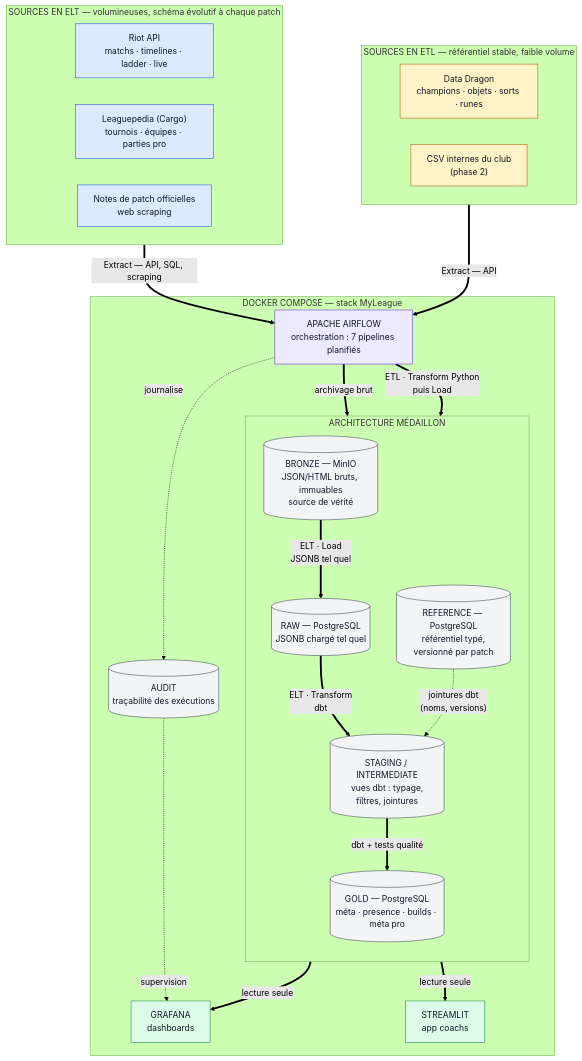
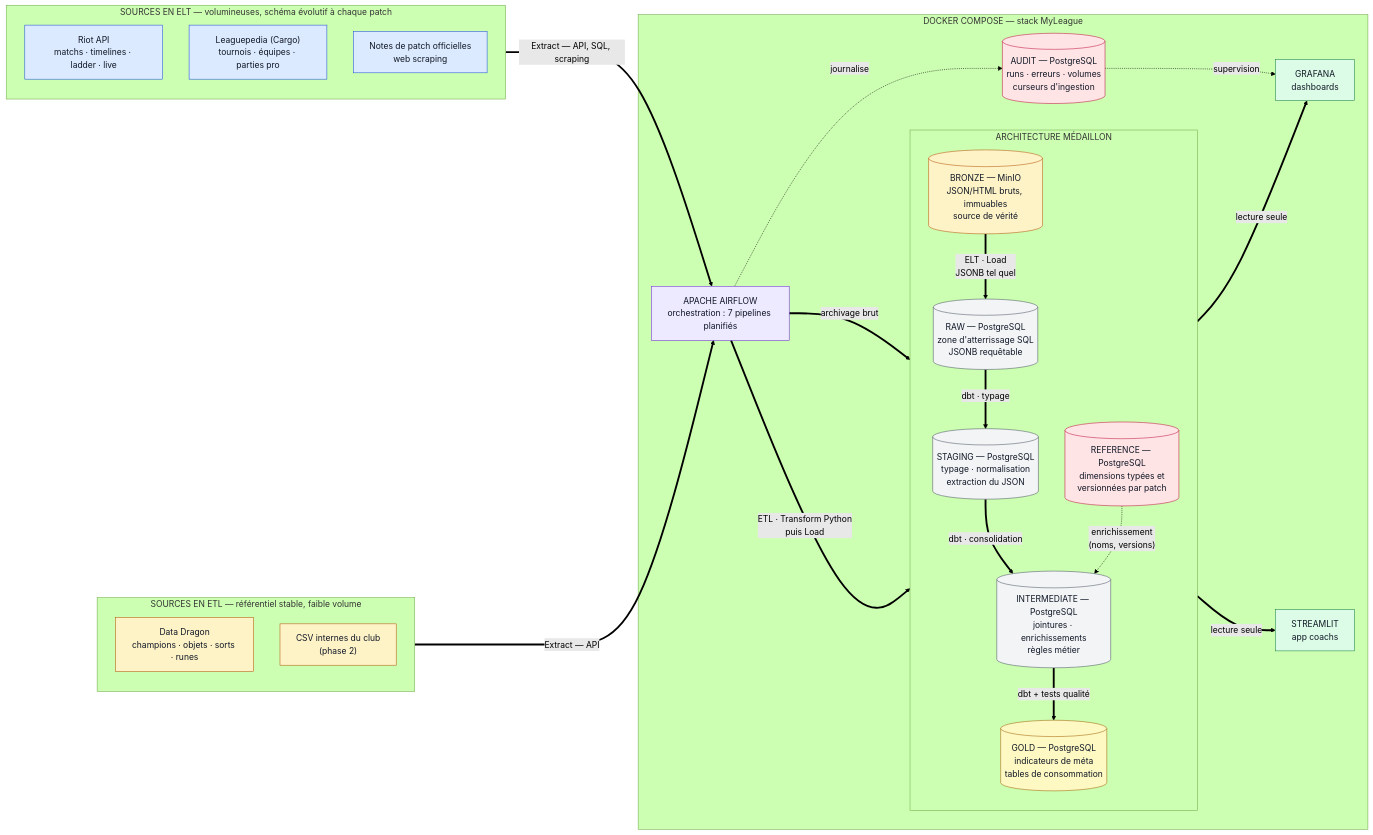
Before and after one commit to Randil12/MyLeague: the first of 3 diagrams in README.md, drawn with Mermaid (forest theme). The commit also changed other lines of this file, not shown here.

````diff
--- a/README.md
+++ b/README.md
@@ -11,57 +11,65 @@
 ```mermaid
-flowchart TB
+flowchart LR
     subgraph SELT["SOURCES EN ELT — volumineuses, schéma évolutif à chaque patch"]
         RIOT["Riot API<br/>matchs · timelines · ladder · live"]
         LPS["Leaguepedia (Cargo)<br/>tournois · équipes · parties pro"]
         PN["Notes de patch officielles<br/>web scraping"]
     end
 
     subgraph SETL["SOURCES EN ETL — référentiel stable, faible volume"]
         DD["Data Dragon<br/>champions · objets · sorts · runes"]
         CSV["CSV internes du club<br/>(phase 2)"]
     end
 
     subgraph DOCKER["DOCKER COMPOSE — stack MyLeague"]
         AF["APACHE AIRFLOW<br/>orchestration : 7 pipelines planifiés"]
 
         subgraph MED["ARCHITECTURE MÉDAILLON"]
             direction TB
             BRONZE[("BRONZE — MinIO<br/>JSON/HTML bruts, immuables<br/>source de vérité")]
-            RAW[("RAW — PostgreSQL<br/>JSONB chargé tel quel")]
-            REF[("REFERENCE — PostgreSQL<br/>référentiel typé,<br/>versionné par patch")]
-            STG[("STAGING / INTERMEDIATE<br/>vues dbt : typage,<br/>filtres, jointures")]
-            GOLD[("GOLD — PostgreSQL<br/>méta · presence · builds · méta pro")]
+            RAW[("RAW — PostgreSQL<br/>zone d'atterrissage SQL<br/>JSONB requêtable")]
+            STAGING[("STAGING — PostgreSQL<br/>typage · normalisation<br/>extraction du JSON")]
+            INTERMEDIATE[("INTERMEDIATE — PostgreSQL<br/>jointures · enrichissements<br/>règles métier")]
+            GOLD[("GOLD — PostgreSQL<br/>indicateurs de méta<br/>tables de consommation")]
+            REF[("REFERENCE — PostgreSQL<br/>dimensions typées et<br/>versionnées par patch")]
         end
 
-        AUD[("AUDIT<br/>traçabilité des exécutions")]
+        AUD[("AUDIT — PostgreSQL<br/>runs · erreurs · volumes<br/>curseurs d'ingestion")]
         GRAF["GRAFANA<br/>dashboards"]
         ST["STREAMLIT<br/>app coachs"]
     end
 
     SELT ==>|"Extract — API, SQL, scraping"| AF
     SETL ==>|"Extract — API"| AF
 
     AF ==>|"archivage brut"| BRONZE
     BRONZE ==>|"ELT · Load<br/>JSONB tel quel"| RAW
-    RAW ==>|"ELT · Transform<br/>dbt"| STG
+    RAW ==>|"dbt · typage"| STAGING
+    STAGING ==>|"dbt · consolidation"| INTERMEDIATE
     AF ==>|"ETL · Transform Python<br/>puis Load"| REF
-    REF -.->|"jointures dbt<br/>(noms, versions)"| STG
-    STG ==>|"dbt + tests qualité"| GOLD
+    REF -.->|"enrichissement<br/>(noms, versions)"| INTERMEDIATE
+    INTERMEDIATE ==>|"dbt + tests qualité"| GOLD
 
     AF -.->|"journalise"| AUD
     GOLD ==>|"lecture seule"| GRAF
     GOLD ==>|"lecture seule"| ST
     AUD -.->|"supervision"| GRAF
 
     classDef elt fill:#dbeafe,stroke:#1d4ed8,color:#111827;
     classDef etl fill:#fef3c7,stroke:#b45309,color:#111827;
-    classDef store fill:#f3f4f6,stroke:#374151,color:#111827;
+    classDef bronze fill:#fef3c7,stroke:#b45309,color:#111827;
+    classDef silver fill:#f3f4f6,stroke:#4b5563,color:#111827;
+    classDef gold fill:#fef9c3,stroke:#a16207,color:#111827;
+    classDef transverse fill:#ffe4e6,stroke:#be123c,color:#111827;
     classDef viz fill:#dcfce7,stroke:#15803d,color:#111827;
     classDef orch fill:#ede9fe,stroke:#6d28d9,color:#111827;
 
     class RIOT,LPS,PN elt;
     class DD,CSV etl;
-    class BRONZE,RAW,REF,STG,GOLD,AUD store;
+    class BRONZE bronze;
+    class RAW,STAGING,INTERMEDIATE silver;
+    class GOLD gold;
+    class REF,AUD transverse;
     class GRAF,ST viz;
     class AF orch;
 ```
````
